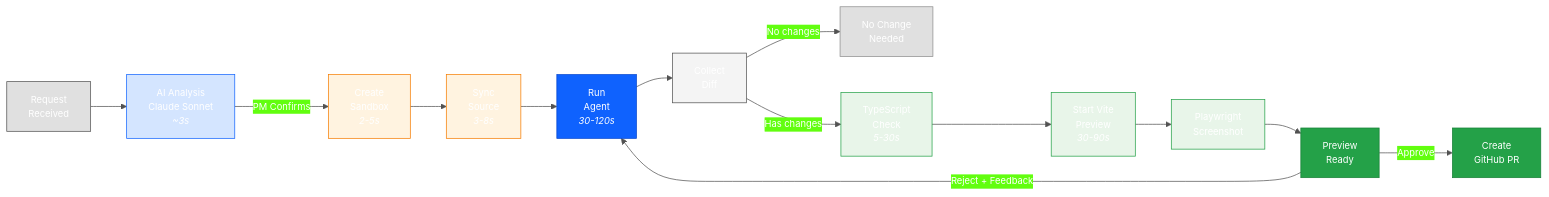
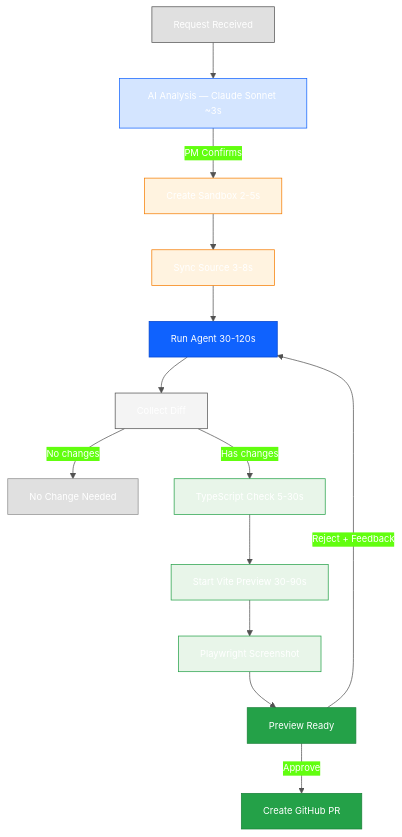
One commit to kyungjaeha-moloco/moloco-inspect changed the diagram in docs/images/03-pipeline.mmd. Above: the diagram before and after it, drawn with Mermaid. The commit also changed 1 other file, not shown here.

Commit message:
docs: change pipeline diagram to vertical layout

```diff
--- a/docs/images/03-pipeline.mmd
+++ b/docs/images/03-pipeline.mmd
@@ -1,27 +1,27 @@
 %%{init: {'theme': 'base', 'themeVariables': { 'primaryColor': '#0f62fe', 'primaryTextColor': '#fff', 'lineColor': '#525252', 'fontSize': '13px' }}}%%
-flowchart LR
-    REQ["Request<br/>Received"] --> ANALYSIS["AI Analysis<br/>Claude Sonnet<br/><i>~3s</i>"]
-    ANALYSIS --> |PM Confirms| SANDBOX["Create<br/>Sandbox<br/><i>2-5s</i>"]
-    SANDBOX --> SYNC["Sync<br/>Source<br/><i>3-8s</i>"]
-    SYNC --> AGENT["Run<br/>Agent<br/><i>30-120s</i>"]
-    AGENT --> DIFF["Collect<br/>Diff"]
-    DIFF --> |No changes| DONE_NC["No Change<br/>Needed"]
-    DIFF --> |Has changes| TC["TypeScript<br/>Check<br/><i>5-30s</i>"]
-    TC --> PREVIEW["Start Vite<br/>Preview<br/><i>30-90s</i>"]
-    PREVIEW --> SS["Playwright<br/>Screenshot"]
-    SS --> READY["Preview<br/>Ready"]
-    READY --> |Approve| PR["Create<br/>GitHub PR"]
+flowchart TD
+    REQ["Request Received"] --> ANALYSIS["AI Analysis — Claude Sonnet ~3s"]
+    ANALYSIS --> |PM Confirms| SANDBOX["Create Sandbox 2-5s"]
+    SANDBOX --> SYNC["Sync Source 3-8s"]
+    SYNC --> AGENT["Run Agent 30-120s"]
+    AGENT --> DIFF["Collect Diff"]
+    DIFF --> |No changes| DONE_NC["No Change Needed"]
+    DIFF --> |Has changes| TC["TypeScript Check 5-30s"]
+    TC --> PREVIEW["Start Vite Preview 30-90s"]
+    PREVIEW --> SS["Playwright Screenshot"]
+    SS --> READY["Preview Ready"]
+    READY --> |Approve| PR["Create GitHub PR"]
     READY --> |Reject + Feedback| AGENT
 
     style REQ fill:#e0e0e0,stroke:#525252
     style ANALYSIS fill:#d4e5ff,stroke:#0f62fe
     style SANDBOX fill:#fff3e0,stroke:#f57c00
     style SYNC fill:#fff3e0,stroke:#f57c00
     style AGENT fill:#0f62fe,stroke:#0043ce,color:#fff
     style DIFF fill:#f4f4f4,stroke:#525252
     style TC fill:#e8f5e9,stroke:#24a148
     style PREVIEW fill:#e8f5e9,stroke:#24a148
     style SS fill:#e8f5e9,stroke:#24a148
     style READY fill:#24a148,stroke:#198038,color:#fff
     style PR fill:#24a148,stroke:#198038,color:#fff
     style DONE_NC fill:#e0e0e0,stroke:#8d8d8d
```
